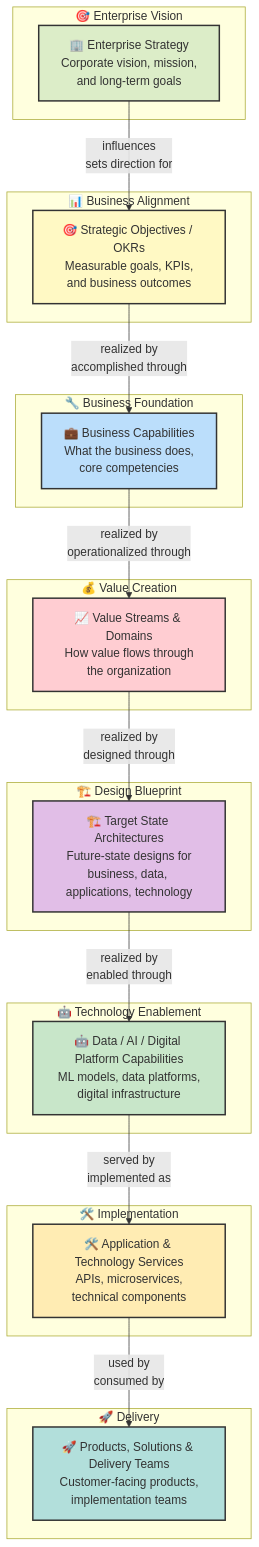
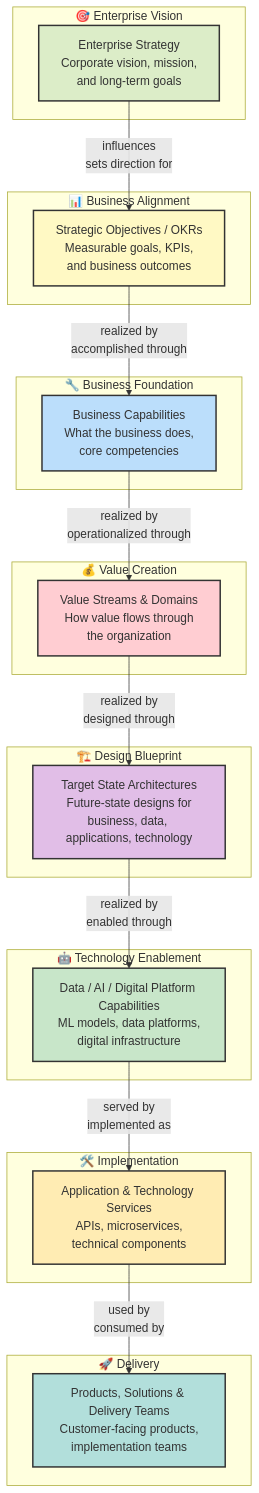
The first of 3 diagrams in README.md (manuelbomi/Enterprise-Architecture-for-Business-Capabilities-Driving-Data-Analytics-AI-Digital-Transformation-), drawn with Mermaid before and after one commit. The commit also changed other lines of this file, not shown here.

````diff
--- a/README.md
+++ b/README.md
@@ -118,51 +87,51 @@
 ```mermaid
 flowchart TD
     subgraph "🎯 Enterprise Vision"
-        A[🏢 Enterprise Strategy<br/>Corporate vision, mission,<br/>and long-term goals]
+        A[ Enterprise Strategy<br/>Corporate vision, mission,<br/>and long-term goals]
     end
     
     subgraph "📊 Business Alignment"
-        B[🎯 Strategic Objectives / OKRs<br/>Measurable goals, KPIs,<br/>and business outcomes]
+        B[ Strategic Objectives / OKRs<br/>Measurable goals, KPIs,<br/>and business outcomes]
     end
     
     subgraph "🔧 Business Foundation"
-        C[💼 Business Capabilities<br/>What the business does,<br/>core competencies]
+        C[ Business Capabilities<br/>What the business does,<br/>core competencies]
     end
     
     subgraph "💰 Value Creation"
-        D[📈 Value Streams & Domains<br/>How value flows through<br/>the organization]
+        D[ Value Streams & Domains<br/>How value flows through<br/>the organization]
     end
     
     subgraph "🏗️ Design Blueprint"
-        E[🏗️ Target State Architectures<br/>Future-state designs for<br/>business, data, applications, technology]
+        E[ Target State Architectures<br/>Future-state designs for<br/>business, data, applications, technology]
     end
     
     subgraph "🤖 Technology Enablement"
-        F[🤖 Data / AI / Digital Platform Capabilities<br/>ML models, data platforms,<br/>digital infrastructure]
+        F[ Data / AI / Digital Platform Capabilities<br/>ML models, data platforms,<br/>digital infrastructure]
     end
     
     subgraph "🛠️ Implementation"
-        G[🛠️ Application & Technology Services<br/>APIs, microservices,<br/>technical components]
+        G[ Application & Technology Services<br/>APIs, microservices,<br/>technical components]
     end
     
     subgraph "🚀 Delivery"
-        H[🚀 Products, Solutions & Delivery Teams<br/>Customer-facing products,<br/>implementation teams]
+        H[ Products, Solutions & Delivery Teams<br/>Customer-facing products,<br/>implementation teams]
     end
     
     A -- "influences<br/>sets direction for" --> B
     B -- "realized by<br/>accomplished through" --> C
     C -- "realized by<br/>operationalized through" --> D
     D -- "realized by<br/>designed through" --> E
     E -- "realized by<br/>enabled through" --> F
     F -- "served by<br/>implemented as" --> G
     G -- "used by<br/>consumed by" --> H
     
     style A fill:#dcedc8,stroke:#333,stroke-width:2px
     style B fill:#fff9c4,stroke:#333,stroke-width:2px
     style C fill:#bbdefb,stroke:#333,stroke-width:2px
     style D fill:#ffcdd2,stroke:#333,stroke-width:2px
     style E fill:#e1bee7,stroke:#333,stroke-width:2px
     style F fill:#c8e6c9,stroke:#333,stroke-width:2px
     style G fill:#ffecb3,stroke:#333,stroke-width:2px
     style H fill:#b2dfdb,stroke:#333,stroke-width:2px
 ```
````
